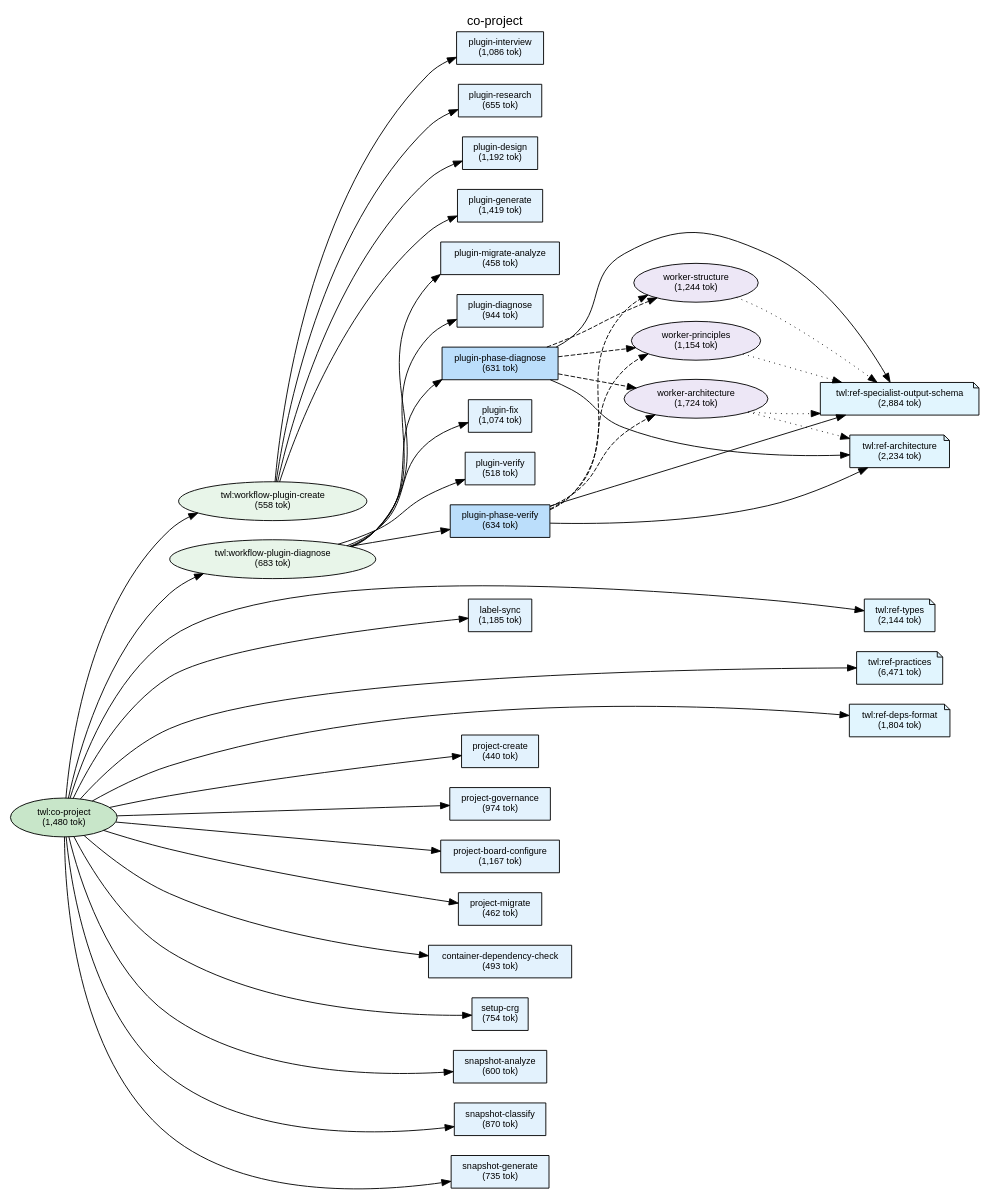
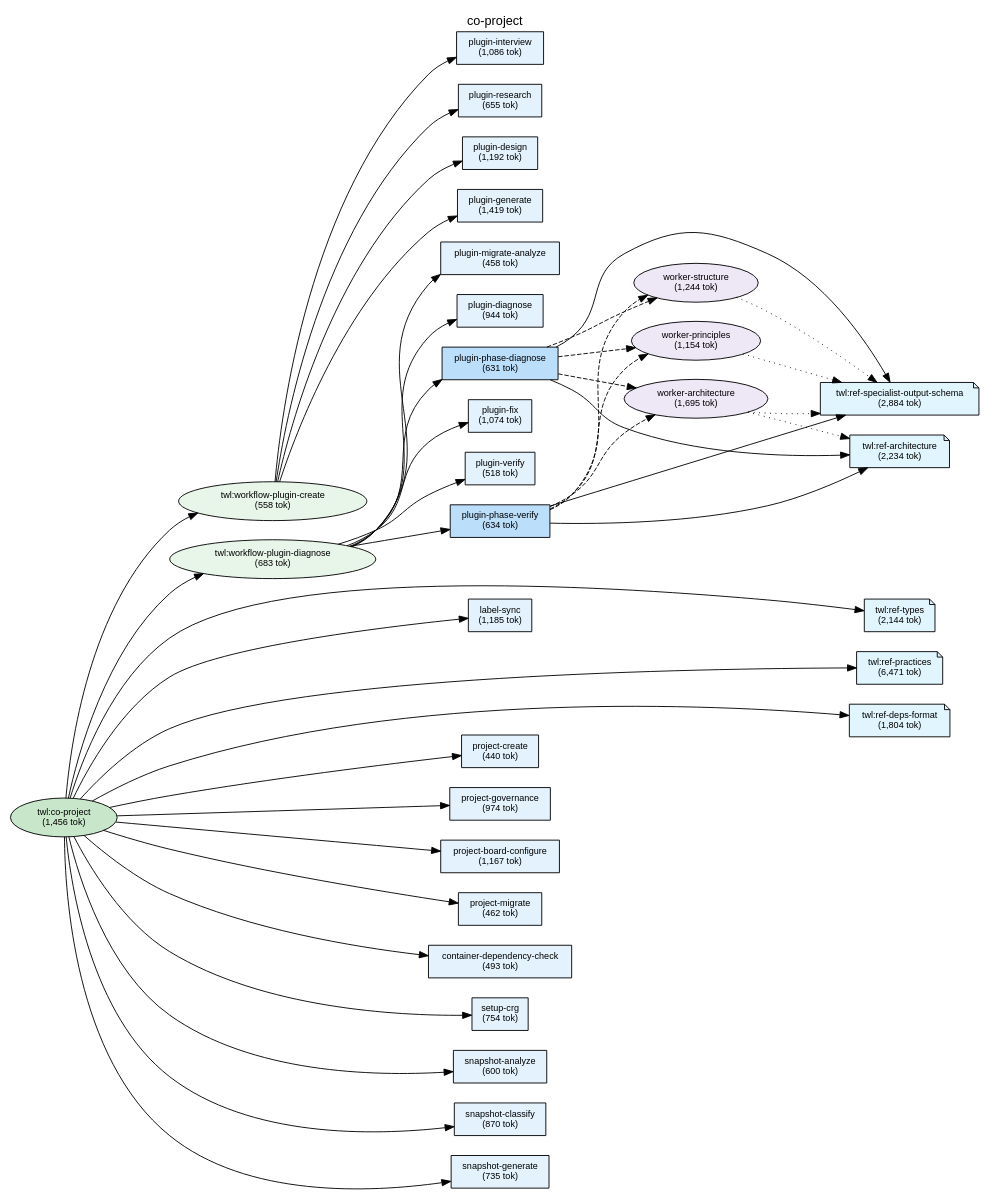
Before and after one commit to shuu5/twill: the diagram in plugins/twl/docs/deps-co-project.dot, drawn with Graphviz. The commit also changed 19 other files, not shown here.

First line of the commit message:
refactor(plugins-twl): Warning コンポーネント worker-prompt-reviewer 実 spawn レビューと構造的リファクタリング (#106)

```diff
--- a/plugins/twl/docs/deps-co-project.dot
+++ b/plugins/twl/docs/deps-co-project.dot
@@ -1,144 +1,144 @@
 digraph Dependencies {
     // Graph settings
     rankdir=LR;
     ranksep=0.8;
     nodesep=0.3;
     fontname="Helvetica";
     node [fontname="Helvetica", fontsize=10];
     edge [fontname="Helvetica", fontsize=9];
     label="co-project";
     labelloc=t;
     fontsize=14;
 
     // L0: Controller Skills
-    skill_co_project [label="twl:co-project\n(1,480 tok)", shape=ellipse, style=filled, fillcolor="#c8e6c9"];
+    skill_co_project [label="twl:co-project\n(1,456 tok)", shape=ellipse, style=filled, fillcolor="#c8e6c9"];
 
     // L0: Launchers
 
     // L0.5: Workflow Skills
     skill_workflow_plugin_create [label="twl:workflow-plugin-create\n(558 tok)", shape=ellipse, style=filled, fillcolor="#e8f5e9"];
     skill_workflow_plugin_diagnose [label="twl:workflow-plugin-diagnose\n(683 tok)", shape=ellipse, style=filled, fillcolor="#e8f5e9"];
 
     // Reference Skills
     skill_ref_specialist_output_schema [label="twl:ref-specialist-output-schema\n(2,884 tok)", shape=note, style=filled, fillcolor="#e1f5fe"];
     skill_ref_types [label="twl:ref-types\n(2,144 tok)", shape=note, style=filled, fillcolor="#e1f5fe"];
     skill_ref_practices [label="twl:ref-practices\n(6,471 tok)", shape=note, style=filled, fillcolor="#e1f5fe"];
     skill_ref_deps_format [label="twl:ref-deps-format\n(1,804 tok)", shape=note, style=filled, fillcolor="#e1f5fe"];
     skill_ref_architecture [label="twl:ref-architecture\n(2,234 tok)", shape=note, style=filled, fillcolor="#e1f5fe"];
 
     // L1: Direct Commands
     cmd_label_sync [label="label-sync\n(1,185 tok)", shape=box, style=filled, fillcolor="#e3f2fd"];
     cmd_project_create [label="project-create\n(440 tok)", shape=box, style=filled, fillcolor="#e3f2fd"];
     cmd_project_board_configure [label="project-board-configure\n(1,167 tok)", shape=box, style=filled, fillcolor="#e3f2fd"];
     cmd_project_governance [label="project-governance\n(974 tok)", shape=box, style=filled, fillcolor="#e3f2fd"];
     cmd_project_migrate [label="project-migrate\n(462 tok)", shape=box, style=filled, fillcolor="#e3f2fd"];
     cmd_container_dependency_check [label="container-dependency-check\n(493 tok)", shape=box, style=filled, fillcolor="#e3f2fd"];
     cmd_setup_crg [label="setup-crg\n(754 tok)", shape=box, style=filled, fillcolor="#e3f2fd"];
     cmd_snapshot_analyze [label="snapshot-analyze\n(600 tok)", shape=box, style=filled, fillcolor="#e3f2fd"];
     cmd_snapshot_classify [label="snapshot-classify\n(870 tok)", shape=box, style=filled, fillcolor="#e3f2fd"];
     cmd_snapshot_generate [label="snapshot-generate\n(735 tok)", shape=box, style=filled, fillcolor="#e3f2fd"];
     cmd_plugin_interview [label="plugin-interview\n(1,086 tok)", shape=box, style=filled, fillcolor="#e3f2fd"];
     cmd_plugin_research [label="plugin-research\n(655 tok)", shape=box, style=filled, fillcolor="#e3f2fd"];
     cmd_plugin_design [label="plugin-design\n(1,192 tok)", shape=box, style=filled, fillcolor="#e3f2fd"];
     cmd_plugin_generate [label="plugin-generate\n(1,419 tok)", shape=box, style=filled, fillcolor="#e3f2fd"];
     cmd_plugin_migrate_analyze [label="plugin-migrate-analyze\n(458 tok)", shape=box, style=filled, fillcolor="#e3f2fd"];
     cmd_plugin_diagnose [label="plugin-diagnose\n(944 tok)", shape=box, style=filled, fillcolor="#e3f2fd"];
     cmd_plugin_fix [label="plugin-fix\n(1,074 tok)", shape=box, style=filled, fillcolor="#e3f2fd"];
     cmd_plugin_verify [label="plugin-verify\n(518 tok)", shape=box, style=filled, fillcolor="#e3f2fd"];
     cmd_plugin_phase_diagnose [label="plugin-phase-diagnose\n(631 tok)", shape=box, style=filled, fillcolor="#bbdefb"];
     cmd_plugin_phase_verify [label="plugin-phase-verify\n(634 tok)", shape=box, style=filled, fillcolor="#bbdefb"];
 
     // L2: Sub Commands
 
     // L3: Agents
     agent_worker_structure [label="worker-structure\n(1,244 tok)", shape=ellipse, style=filled, fillcolor="#ede7f6"];
     agent_worker_principles [label="worker-principles\n(1,154 tok)", shape=ellipse, style=filled, fillcolor="#ede7f6"];
-    agent_worker_architecture [label="worker-architecture\n(1,724 tok)", shape=ellipse, style=filled, fillcolor="#ede7f6"];
+    agent_worker_architecture [label="worker-architecture\n(1,695 tok)", shape=ellipse, style=filled, fillcolor="#ede7f6"];
 
     // L3.5: Scripts
 
     // L4: External
 
     // Layer constraints
     { rank=same; skill_co_project; }
     { rank=same; skill_workflow_plugin_create; skill_workflow_plugin_diagnose; }
     { rank=same; skill_ref_specialist_output_schema; skill_ref_types; skill_ref_practices; skill_ref_deps_format; skill_ref_architecture; }
     { rank=same; cmd_label_sync; cmd_project_create; cmd_project_board_configure; cmd_project_governance; cmd_project_migrate; cmd_container_dependency_check; cmd_setup_crg; cmd_snapshot_analyze; cmd_snapshot_classify; cmd_snapshot_generate; cmd_plugin_interview; cmd_plugin_research; cmd_plugin_design; cmd_plugin_generate; cmd_plugin_migrate_analyze; cmd_plugin_diagnose; cmd_plugin_fix; cmd_plugin_verify; cmd_plugin_phase_diagnose; cmd_plugin_phase_verify; }
     { rank=same; agent_worker_structure; agent_worker_principles; agent_worker_architecture; }
 
     // Edges
     skill_co_project -> cmd_project_create;
     skill_co_project -> cmd_project_governance;
     skill_co_project -> cmd_project_board_configure;
     skill_co_project -> cmd_project_migrate;
     skill_co_project -> cmd_container_dependency_check;
     skill_co_project -> cmd_setup_crg;
     skill_co_project -> cmd_snapshot_analyze;
     skill_co_project -> cmd_snapshot_classify;
     skill_co_project -> cmd_snapshot_generate;
     skill_co_project -> skill_workflow_plugin_create;
     skill_co_project -> skill_workflow_plugin_diagnose;
     skill_co_project -> cmd_label_sync;
     skill_co_project -> skill_ref_types;
     skill_co_project -> skill_ref_practices;
     skill_co_project -> skill_ref_deps_format;
     skill_workflow_plugin_create -> cmd_plugin_interview;
     skill_workflow_plugin_create -> cmd_plugin_research;
     skill_workflow_plugin_create -> cmd_plugin_design;
     skill_workflow_plugin_create -> cmd_plugin_generate;
     skill_workflow_plugin_diagnose -> cmd_plugin_migrate_analyze;
     skill_workflow_plugin_diagnose -> cmd_plugin_diagnose;
     skill_workflow_plugin_diagnose -> cmd_plugin_phase_diagnose;
     skill_workflow_plugin_diagnose -> cmd_plugin_fix;
     skill_workflow_plugin_diagnose -> cmd_plugin_verify;
     skill_workflow_plugin_diagnose -> cmd_plugin_phase_verify;
     cmd_plugin_phase_diagnose -> agent_worker_structure [style=dashed];
     cmd_plugin_phase_diagnose -> agent_worker_principles [style=dashed];
     cmd_plugin_phase_diagnose -> agent_worker_architecture [style=dashed];
     cmd_plugin_phase_diagnose -> skill_ref_specialist_output_schema;
     cmd_plugin_phase_diagnose -> skill_ref_architecture;
     cmd_plugin_phase_verify -> agent_worker_structure [style=dashed];
     cmd_plugin_phase_verify -> agent_worker_principles [style=dashed];
     cmd_plugin_phase_verify -> agent_worker_architecture [style=dashed];
     cmd_plugin_phase_verify -> skill_ref_specialist_output_schema;
     cmd_plugin_phase_verify -> skill_ref_architecture;
     agent_worker_structure -> skill_ref_specialist_output_schema [style=dotted];
     agent_worker_principles -> skill_ref_specialist_output_schema [style=dotted];
     agent_worker_architecture -> skill_ref_specialist_output_schema [style=dotted];
     agent_worker_architecture -> skill_ref_architecture [style=dotted];
 
     // Ordering constraints (invisible edges)
     cmd_project_create -> cmd_project_governance [style=invis, weight=10];
     cmd_project_governance -> cmd_project_board_configure [style=invis, weight=10];
     cmd_project_board_configure -> cmd_project_migrate [style=invis, weight=10];
     cmd_project_migrate -> cmd_container_dependency_check [style=invis, weight=10];
     cmd_container_dependency_check -> cmd_setup_crg [style=invis, weight=10];
     cmd_setup_crg -> cmd_snapshot_analyze [style=invis, weight=10];
     cmd_snapshot_analyze -> cmd_snapshot_classify [style=invis, weight=10];
     cmd_snapshot_classify -> cmd_snapshot_generate [style=invis, weight=10];
     cmd_snapshot_generate -> skill_workflow_plugin_create [style=invis, weight=10];
     skill_workflow_plugin_create -> skill_workflow_plugin_diagnose [style=invis, weight=10];
     skill_workflow_plugin_diagnose -> cmd_label_sync [style=invis, weight=10];
     cmd_label_sync -> skill_ref_types [style=invis, weight=10];
     skill_ref_types -> skill_ref_practices [style=invis, weight=10];
     skill_ref_practices -> skill_ref_deps_format [style=invis, weight=10];
     cmd_plugin_interview -> cmd_plugin_research [style=invis, weight=10];
     cmd_plugin_research -> cmd_plugin_design [style=invis, weight=10];
     cmd_plugin_design -> cmd_plugin_generate [style=invis, weight=10];
     cmd_plugin_migrate_analyze -> cmd_plugin_diagnose [style=invis, weight=10];
     cmd_plugin_diagnose -> cmd_plugin_phase_diagnose [style=invis, weight=10];
     cmd_plugin_phase_diagnose -> cmd_plugin_fix [style=invis, weight=10];
     cmd_plugin_fix -> cmd_plugin_verify [style=invis, weight=10];
     cmd_plugin_verify -> cmd_plugin_phase_verify [style=invis, weight=10];
     agent_worker_structure -> agent_worker_principles [style=invis, weight=10];
     agent_worker_principles -> agent_worker_architecture [style=invis, weight=10];
     agent_worker_architecture -> skill_ref_specialist_output_schema [style=invis, weight=10];
     skill_ref_specialist_output_schema -> skill_ref_architecture [style=invis, weight=10];
     agent_worker_structure -> agent_worker_principles [style=invis, weight=10];
     agent_worker_principles -> agent_worker_architecture [style=invis, weight=10];
     agent_worker_architecture -> skill_ref_specialist_output_schema [style=invis, weight=10];
     skill_ref_specialist_output_schema -> skill_ref_architecture [style=invis, weight=10];
     agent_worker_structure -> agent_worker_principles [style=invis, weight=10];
     agent_worker_structure -> agent_worker_principles [style=invis, weight=10];
 
 }
```
